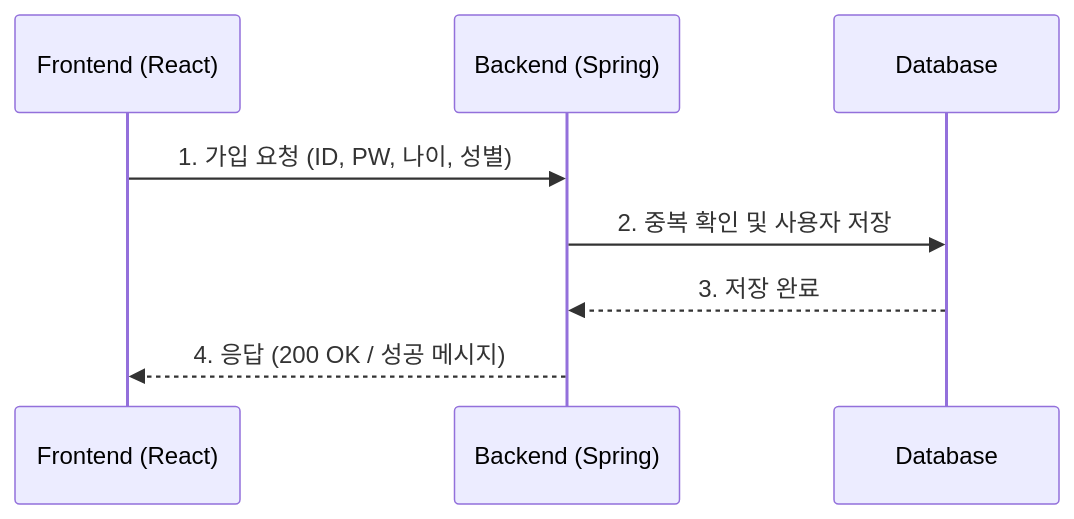
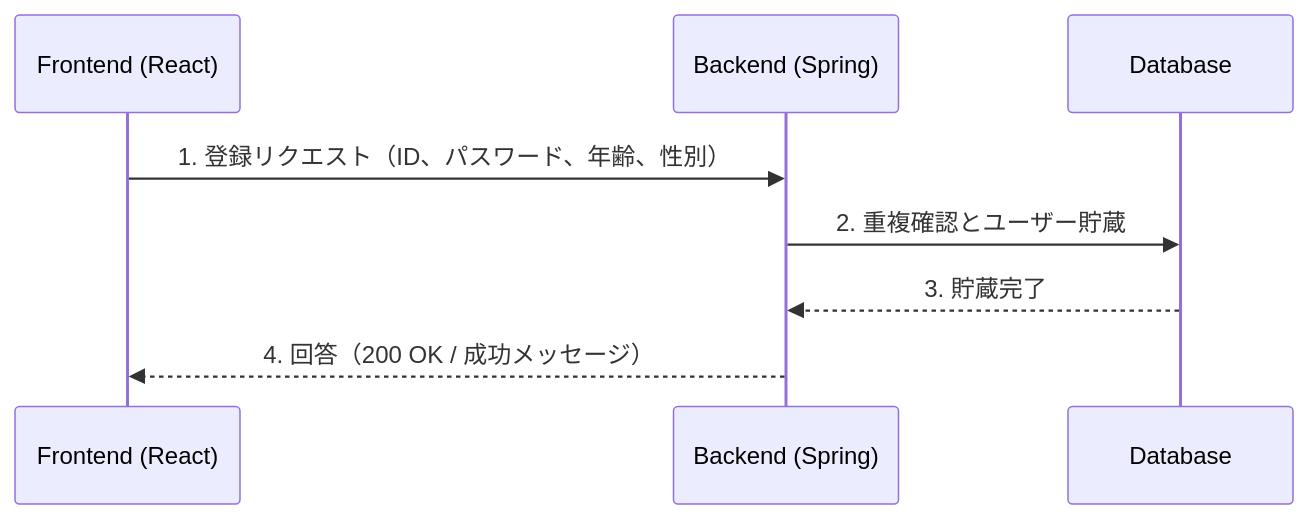
The second of 10 diagrams in README_img/SEQUENCE.md (You-HyunHo/ani-frontend), drawn with Mermaid before and after one commit. The commit also changed other lines of this file, not shown here.

````diff
--- a/README_img/SEQUENCE.md
+++ b/README_img/SEQUENCE.md
@@ -19,11 +19,11 @@
 ```mermaid
 sequenceDiagram
     participant FE as Frontend (React)
     participant BE as Backend (Spring)
     participant DB as Database
 
-    FE->>BE: 1. 가입 요청 (ID, PW, 나이, 성별)
-    BE->>DB: 2. 중복 확인 및 사용자 저장
-    DB-->>BE: 3. 저장 완료
-    BE-->>FE: 4. 응답 (200 OK / 성공 메시지)
+    FE->>BE: 1. 登録リクエスト（ID、パスワード、年齢、性別）
+    BE->>DB: 2. 重複確認とユーザー貯蔵
+    DB-->>BE: 3. 貯蔵完了
+    BE-->>FE: 4. 回答（200 OK / 成功メッセージ）
 ```
````
